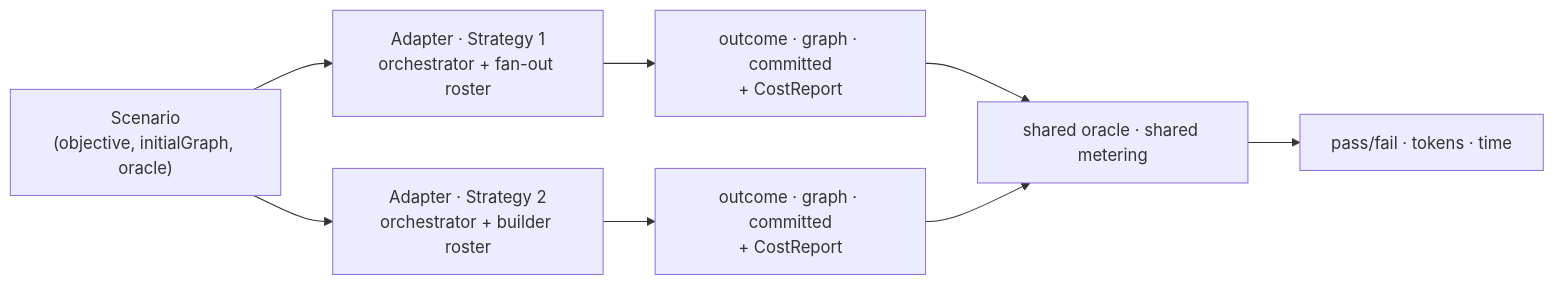
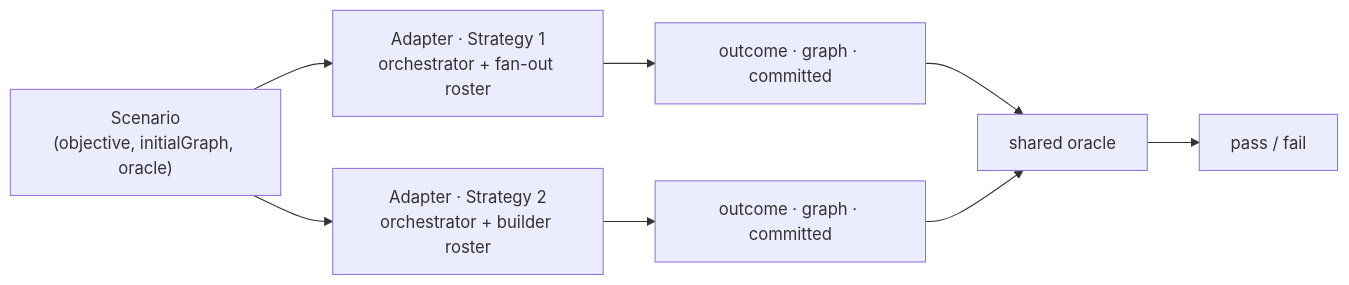
Before and after one commit to lemoncloud-io/eureka-flow: the diagram in docs/browser-agent/design/eval-benchmark.md, drawn with Mermaid. The commit also changed other lines of this file and 4 other files, not shown here.

````diff
--- a/docs/browser-agent/design/eval-benchmark.md
+++ b/docs/browser-agent/design/eval-benchmark.md
@@ -33,11 +32,11 @@
 ```mermaid
 flowchart LR
     SC["Scenario<br/>(objective, initialGraph, oracle)"]
     SC --> A1["Adapter · Strategy 1<br/>orchestrator + fan-out roster"]
     SC --> A2["Adapter · Strategy 2<br/>orchestrator + builder roster"]
-    A1 --> OB1["outcome · graph · committed<br/>+ CostReport"]
-    A2 --> OB2["outcome · graph · committed<br/>+ CostReport"]
-    OB1 --> OR["shared oracle · shared metering"]
+    A1 --> OB1["outcome · graph · committed"]
+    A2 --> OB2["outcome · graph · committed"]
+    OB1 --> OR["shared oracle"]
     OB2 --> OR
-    OR --> V["pass/fail · tokens · time"]
+    OR --> V["pass / fail"]
 ```
````
